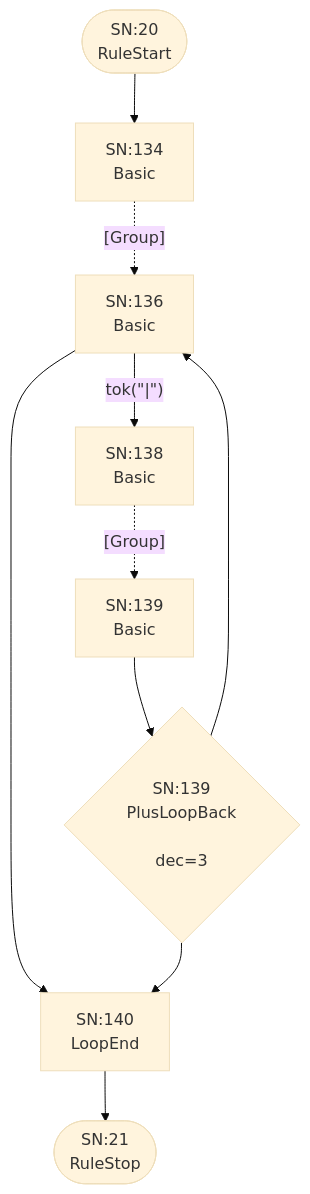
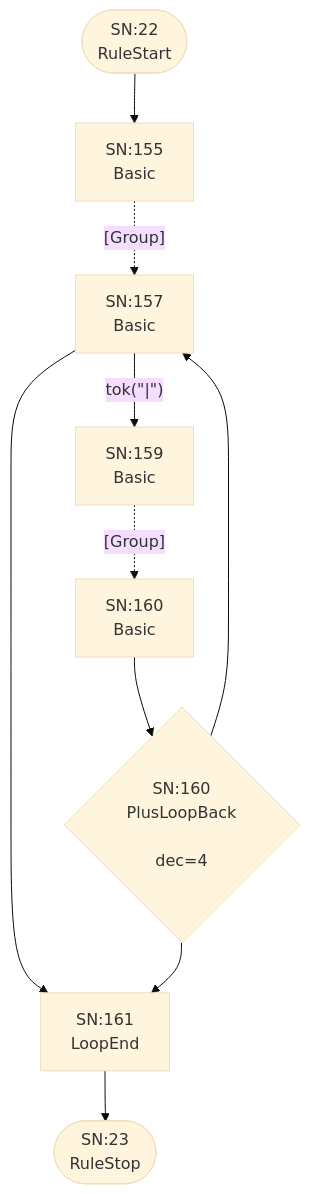
Diagram 12 of 26 in internal/grammar/atn.md (TypeFox/fastbelt), drawn with Mermaid (base theme) before and after one commit. The commit also changed other lines of this file and 22 other files, not shown here.

````diff
--- a/internal/grammar/atn.md
+++ b/internal/grammar/atn.md
@@ -288,21 +340,21 @@
 ```mermaid
 flowchart TD
-    q20(["SN:20<br/>RuleStart"])
-    q21(["SN:21<br/>RuleStop"])
-    q134["SN:134<br/>Basic<br/>"]
-    q135["SN:136<br/>Basic<br/>"]
-    q136["SN:138<br/>Basic<br/>"]
-    q137["SN:139<br/>Basic<br/>"]
-    q138{"SN:139<br/>PlusLoopBack<br/><br/>dec=3"}
-    q139["SN:140<br/>LoopEnd<br/>"]
+    q22(["SN:22<br/>RuleStart"])
+    q23(["SN:23<br/>RuleStop"])
+    q155["SN:155<br/>Basic<br/>"]
+    q156["SN:157<br/>Basic<br/>"]
+    q157["SN:159<br/>Basic<br/>"]
+    q158["SN:160<br/>Basic<br/>"]
+    q159{"SN:160<br/>PlusLoopBack<br/><br/>dec=4"}
+    q160["SN:161<br/>LoopEnd<br/>"]
 
-    q20 --> q134
-    q134 -.->|"[Group]"| q135
-    q135 -->|"tok(&quot;|&quot;)"| q136
-    q135 --> q139
-    q136 -.->|"[Group]"| q137
-    q137 --> q138
-    q138 --> q135
-    q138 --> q139
-    q139 --> q21
+    q22 --> q155
+    q155 -.->|"[Group]"| q156
+    q156 -->|"tok(&quot;|&quot;)"| q157
+    q156 --> q160
+    q157 -.->|"[Group]"| q158
+    q158 --> q159
+    q159 --> q156
+    q159 --> q160
+    q160 --> q23
 ```
````
